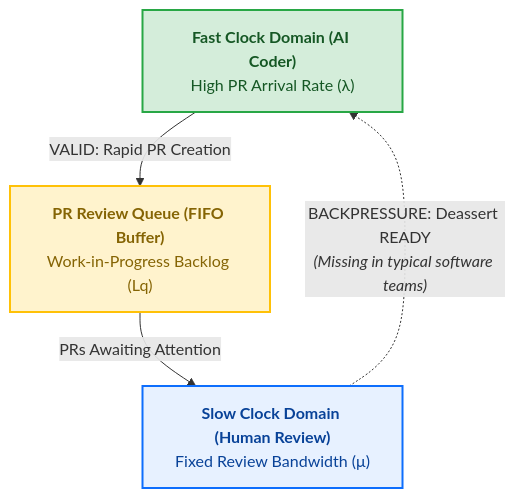
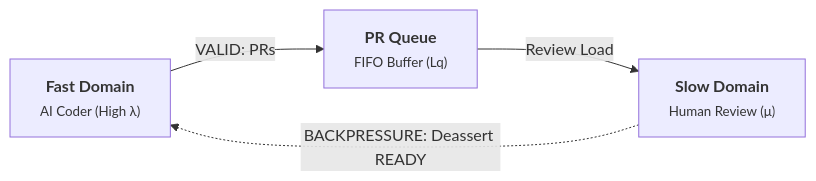
One commit to schlafer/sazidmahmud.bd changed the third of 6 diagrams in content/posts/11-Why AI Won’t 10x Your Software Team/index.md. Above: the diagram before and after it, drawn with Mermaid. The commit also changed other lines of this file and 2 other files, not shown here.

Commit message:
style(blog): redesign diagrams with clean architectural aesthetic and restrained palette

````diff
--- a/content/posts/11-Why AI Won’t 10x Your Software Team/index.md
+++ b/content/posts/11-Why AI Won’t 10x Your Software Team/index.md
@@ -126,14 +106,5 @@
 ```mermaid
-flowchart TD
-    Fast["<b>Fast Clock Domain (AI Coder)</b><br/>High PR Arrival Rate (λ)"]:::green
-    Queue["<b>PR Review Queue (FIFO Buffer)</b><br/>Work-in-Progress Backlog (Lq)"]:::yellow
-    Slow["<b>Slow Clock Domain (Human Review)</b><br/>Fixed Review Bandwidth (μ)"]:::blue
-
-    Fast -->|"VALID: Rapid PR Creation"| Queue
-    Queue -->|"PRs Awaiting Attention"| Slow
-    Slow -.->|"BACKPRESSURE: Deassert READY<br/><i>(Missing in typical software teams)</i>"| Fast
-
-    classDef green fill:#d4edda,stroke:#28a745,stroke-width:2px,color:#155724;
-    classDef yellow fill:#fff3cd,stroke:#ffc107,stroke-width:2px,color:#856404;
-    classDef blue fill:#e7f1ff,stroke:#0d6efd,stroke-width:2px,color:#084298;
+flowchart LR
+    Fast["<b>Fast Domain</b><br/><small>AI Coder (High λ)</small>"]:::fast -->|"VALID: PRs"| Queue["<b>PR Queue</b><br/><small>FIFO Buffer (Lq)</small>"]:::reg -->|"Review Load"| Slow["<b>Slow Domain</b><br/><small>Human Review (μ)</small>"]:::bottleneck
+    Slow -.->|"BACKPRESSURE: Deassert READY"| Fast
 ```
````
